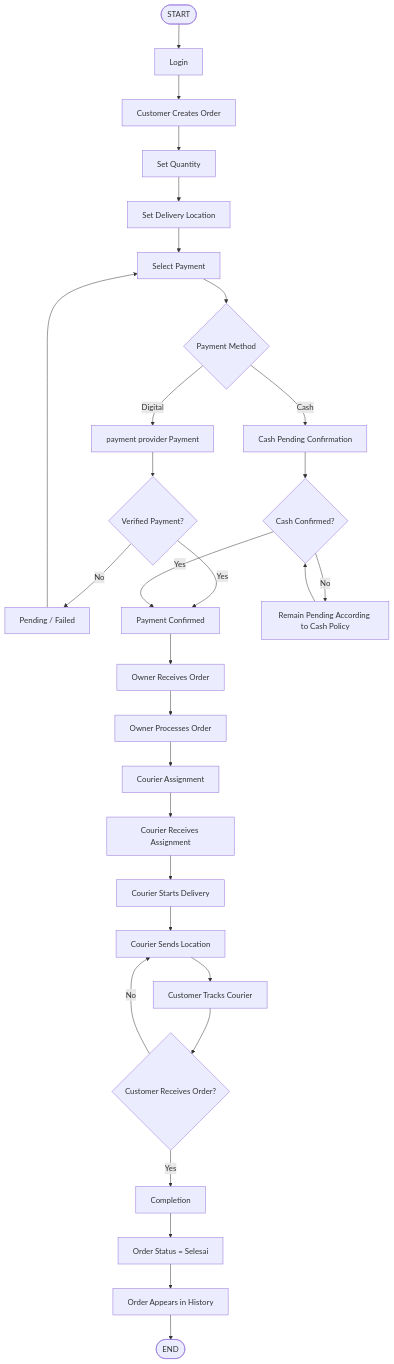
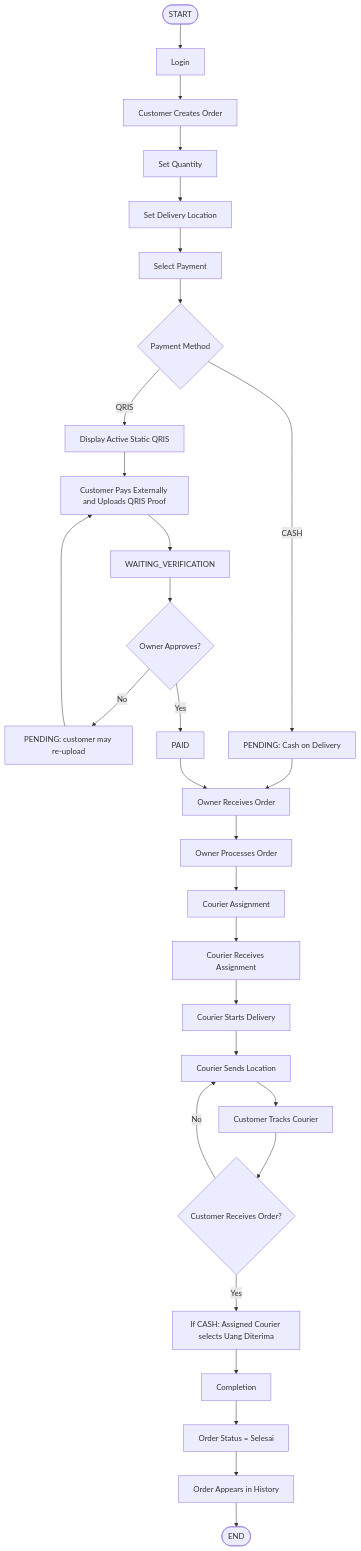
Diagram 23 of 23 in docs/04_KYUSUI_SYSTEM_WORKFLOW_REBUILT.md (RadinataP/kyusui), drawn with Mermaid before and after one commit. The commit also changed other lines of this file and 3 other files, not shown here.

````diff
--- a/docs/04_KYUSUI_SYSTEM_WORKFLOW_REBUILT.md
+++ b/docs/04_KYUSUI_SYSTEM_WORKFLOW_REBUILT.md
@@ -1223,36 +1180,34 @@
 ``` mermaid
 flowchart TD
     A([START]) --> B[Login]
     B --> C[Customer Creates Order]
     C --> D[Set Quantity]
     D --> E[Set Delivery Location]
     E --> F[Select Payment]
 
     F --> G{Payment Method}
 
-    G -- Digital --> H[payment provider Payment]
-    H --> I{Verified Payment?}
-    I -- No --> J[Pending / Failed]
-    J --> F
-    I -- Yes --> K[Payment Confirmed]
-
-    G -- Cash --> L[Cash Pending Confirmation]
-    L --> M{Cash Confirmed?}
-    M -- No --> N[Remain Pending According to Cash Policy]
-    N --> M
-    M -- Yes --> K
-
-    K --> O[Owner Receives Order]
+    G -- QRIS --> H[Display Active Static QRIS]
+    H --> I[Customer Pays Externally and Uploads QRIS Proof]
+    I --> J[WAITING_VERIFICATION]
+    J --> K{Owner Approves?}
+    K -- No --> L[PENDING: customer may re-upload]
+    L --> I
+    K -- Yes --> M[PAID]
+    G -- CASH --> N[PENDING: Cash on Delivery]
+    N --> O[Owner Receives Order]
+    M --> O
     O --> P[Owner Processes Order]
     P --> Q[Courier Assignment]
     Q --> R[Courier Receives Assignment]
     R --> S[Courier Starts Delivery]
     S --> T[Courier Sends Location]
     T --> U[Customer Tracks Courier]
     U --> V{Customer Receives Order?}
     V -- No --> T
-    V -- Yes --> W[Completion]
-    W --> X[Order Status = Selesai]
-    X --> Y[Order Appears in History]
-    Y --> Z([END])
+    V -- Yes --> W[If CASH: Assigned Courier selects Uang Diterima]
+    W --> X[Completion]
+    X --> Y[Order Status = Selesai]
+    Y --> Z[Order Appears in History]
+    Z --> AA([END])
 ```
````
